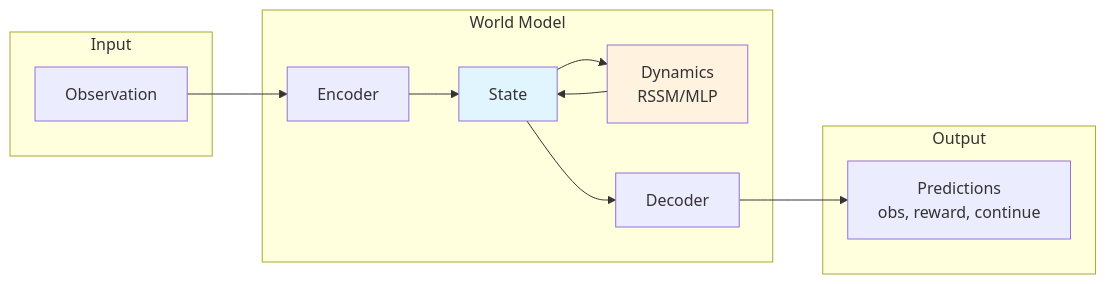
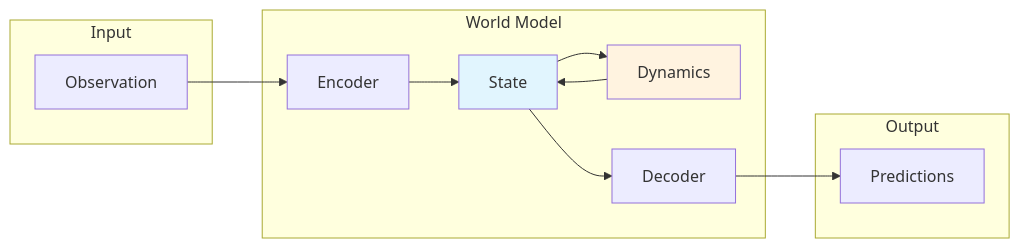
The diagram in README.md (worldflux/WorldFlux), drawn with Mermaid before and after one commit. The commit also changed other lines of this file and 14 other files, not shown here.

````diff
--- a/README.md
+++ b/README.md
@@ -81,27 +57,27 @@
 ```mermaid
 graph LR
     subgraph Input
         A[Observation]
     end
 
     subgraph WorldModel["World Model"]
         B[Encoder]
         C[State]
-        D[Dynamics<br/>RSSM/MLP]
+        D[Dynamics]
         E[Decoder]
     end
 
     subgraph Output
-        F[Predictions<br/>obs, reward, continue]
+        F[Predictions]
     end
 
     A --> B
     B --> C
     C --> D
     D --> C
     C --> E
     E --> F
 
     style C fill:#e1f5fe
     style D fill:#fff3e0
 ```
````
